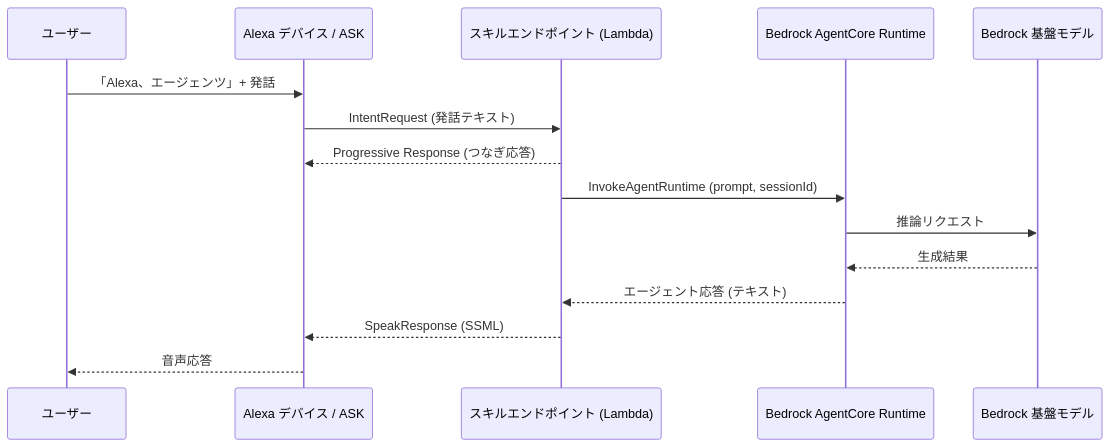
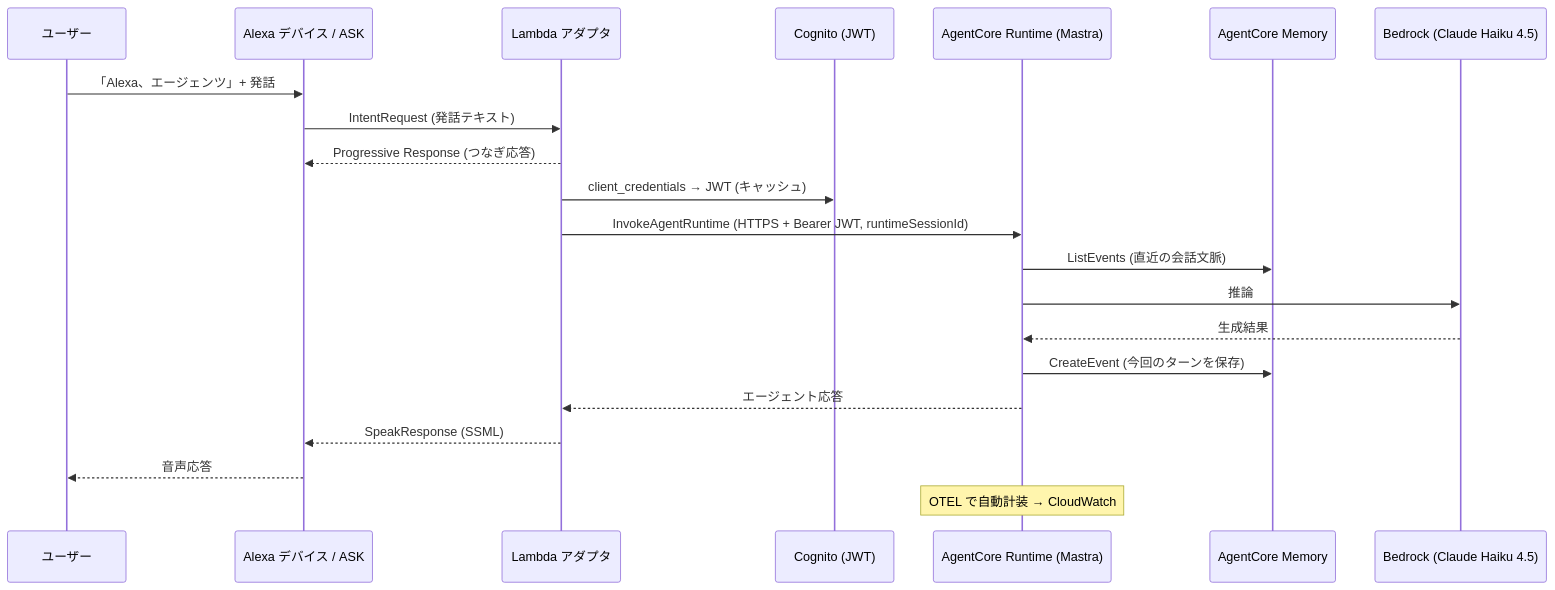
The diagram in docs/specs/ARCHITECTURE_SPEC.md (y-ohgi/alexa-agent), drawn with Mermaid before and after one commit. The commit also changed other lines of this file and 3 other files, not shown here.

````diff
--- a/docs/specs/ARCHITECTURE_SPEC.md
+++ b/docs/specs/ARCHITECTURE_SPEC.md
@@ -39,18 +50,24 @@
 ```mermaid
 sequenceDiagram
     participant User as ユーザー
     participant Alexa as Alexa デバイス / ASK
-    participant Lambda as スキルエンドポイント (Lambda)
-    participant Runtime as Bedrock AgentCore Runtime
-    participant Model as Bedrock 基盤モデル
+    participant Lambda as Lambda アダプタ
+    participant Cognito as Cognito (JWT)
+    participant Runtime as AgentCore Runtime (Mastra)
+    participant Memory as AgentCore Memory
+    participant Model as Bedrock (Claude Haiku 4.5)
 
     User->>Alexa: 「Alexa、エージェンツ」+ 発話
     Alexa->>Lambda: IntentRequest (発話テキスト)
     Lambda-->>Alexa: Progressive Response (つなぎ応答)
-    Lambda->>Runtime: InvokeAgentRuntime (prompt, sessionId)
-    Runtime->>Model: 推論リクエスト
+    Lambda->>Cognito: client_credentials → JWT (キャッシュ)
+    Lambda->>Runtime: InvokeAgentRuntime (HTTPS + Bearer JWT, runtimeSessionId)
+    Runtime->>Memory: ListEvents (直近の会話文脈)
+    Runtime->>Model: 推論
     Model-->>Runtime: 生成結果
-    Runtime-->>Lambda: エージェント応答 (テキスト)
+    Runtime->>Memory: CreateEvent (今回のターンを保存)
+    Runtime-->>Lambda: エージェント応答
     Lambda-->>Alexa: SpeakResponse (SSML)
     Alexa-->>User: 音声応答
+    Note over Runtime: OTEL で自動計装 → CloudWatch
 ```
````
